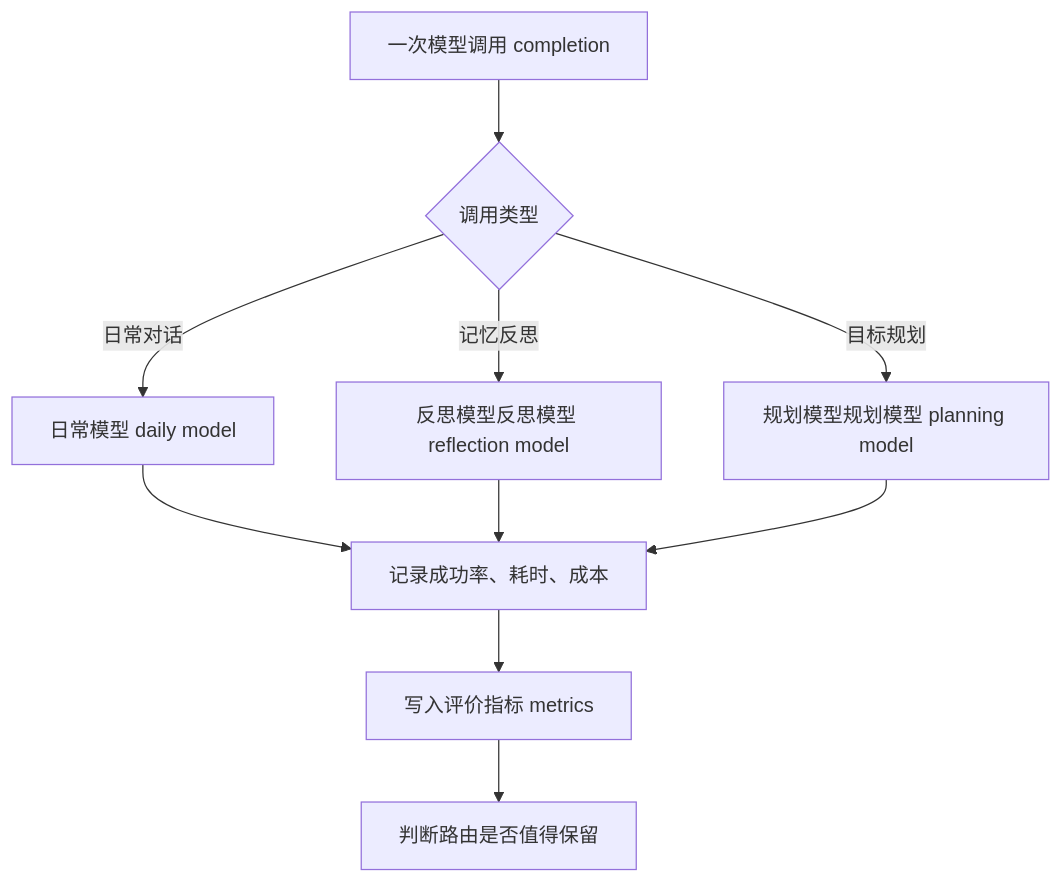
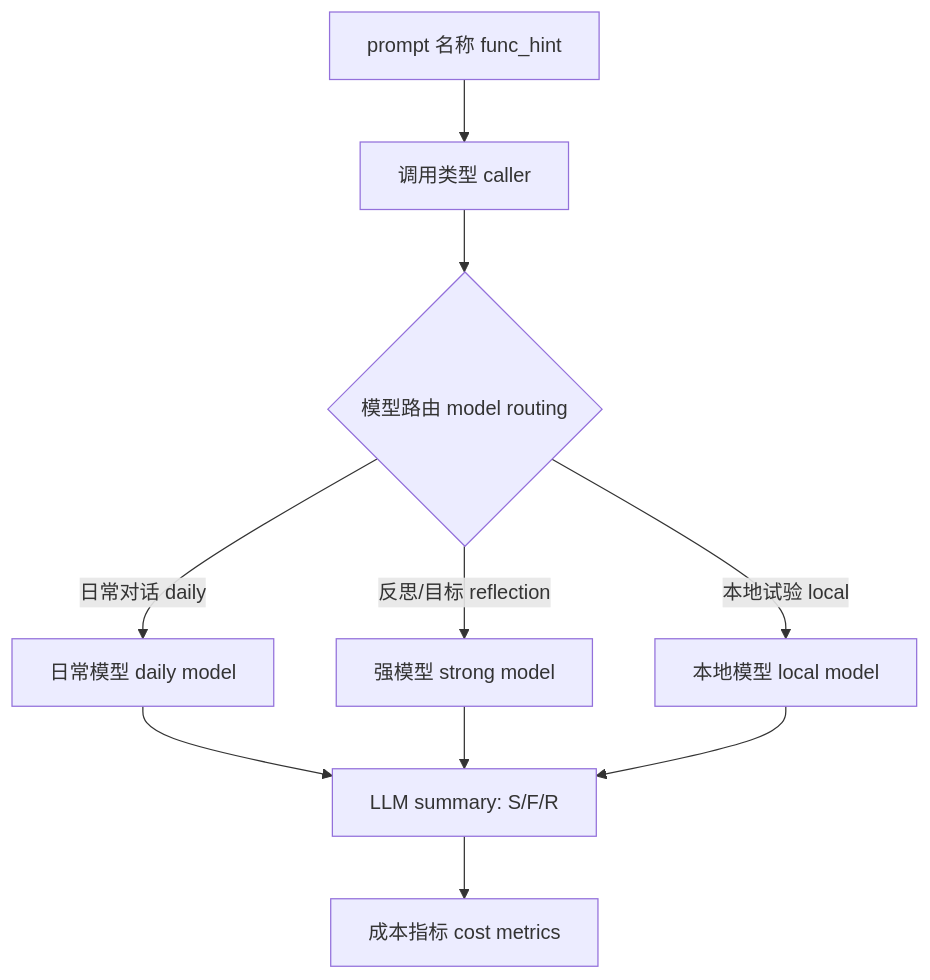
One commit to tbkken/GenerativeAgentsCN changed the third of 4 diagrams in docs/book/manuscript/part_05/chapter_38.md. Above: the diagram before and after it, drawn with Mermaid. The commit also changed other lines of this file and 18 other files, not shown here.

````diff
--- a/docs/book/manuscript/part_05/chapter_38.md
+++ b/docs/book/manuscript/part_05/chapter_38.md
@@ -521,12 +285,12 @@
 ```mermaid
 flowchart TD
-    Call["一次模型调用 completion"] --> Type{"调用类型"}
-    Type -->|日常对话| Daily["日常模型 daily model"]
-    Type -->|记忆反思| Reflection["反思模型反思模型 reflection model"]
-    Type -->|目标规划| Planning["规划模型规划模型 planning model"]
-    Daily --> Summary["记录成功率、耗时、成本"]
-    Reflection --> Summary
-    Planning --> Summary
-    Summary --> Metrics["写入评价指标 metrics"]
-    Metrics --> Decision["判断路由是否值得保留"]
+    Hint["prompt 名称 func_hint"] --> Caller["调用类型 caller"]
+    Caller --> Route{"模型路由 model routing"}
+    Route -->|日常对话 daily| Daily["日常模型 daily model"]
+    Route -->|反思/目标 reflection| Strong["强模型 strong model"]
+    Route -->|本地试验 local| Local["本地模型 local model"]
+    Daily --> Summary["LLM summary: S/F/R"]
+    Strong --> Summary
+    Local --> Summary
+    Summary --> Metrics["成本指标 cost metrics"]
 ```
````
